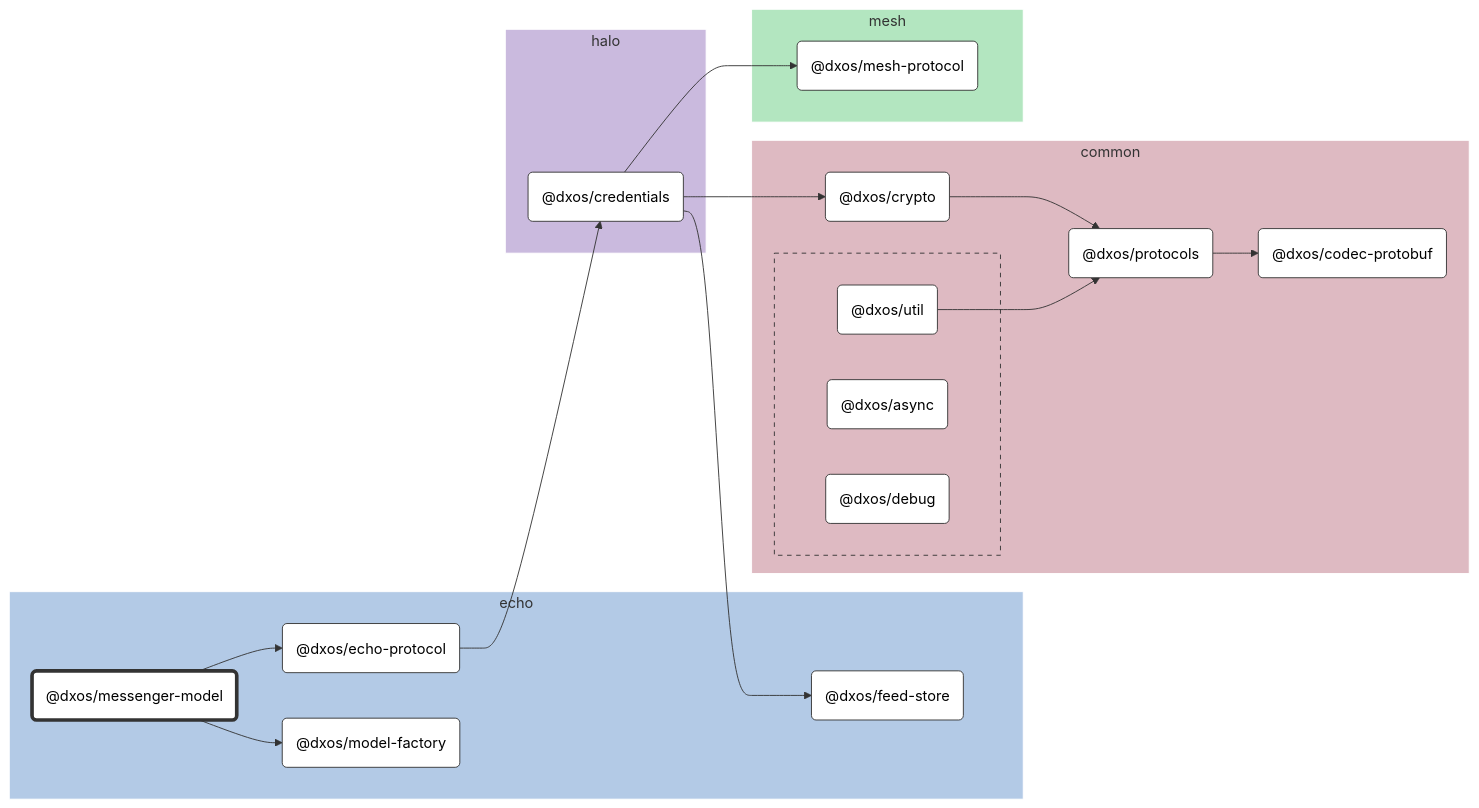
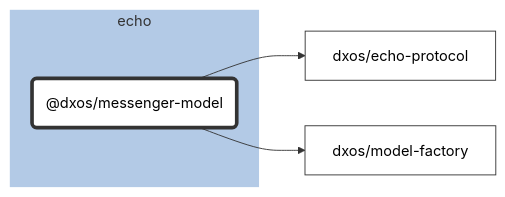
Before and after one commit to dxos/dxos: the diagram in packages/echo/messenger-model/docs/README.md, drawn with Mermaid (forest theme). The commit also changed 84 other files, not shown here.

````diff
--- a/packages/echo/messenger-model/docs/README.md
+++ b/packages/echo/messenger-model/docs/README.md
@@ -9,85 +9,20 @@
 
 flowchart LR
 
-%% Links
-dxos/credentials --> dxos/crypto;
-dxos/credentials --> dxos/feed-store;
-dxos/credentials --> dxos/mesh-protocol;
-dxos/crypto --> dxos/protocols;
-dxos/echo-protocol --> dxos/credentials;
-dxos/messenger-model --> dxos/echo-protocol;
-dxos/messenger-model --> dxos/model-factory;
-dxos/protocols --> dxos/codec-protobuf;
-dxos/util --> dxos/protocols;
+%% Classes
+classDef default fill:#fff,stroke:#333,stroke-width:1px
+classDef root fill:#fff,stroke:#333,stroke-width:4px
 
-%% Sections
-subgraph echo
-  style echo fill:#b3cae6,stroke:#fff;
+%% Nodes
 
-  dxos/echo-protocol("@dxos/echo-protocol")
-  dxos/feed-store("@dxos/feed-store")
-  dxos/messenger-model("@dxos/messenger-model")
-  dxos/model-factory("@dxos/model-factory")
+subgraph echo [echo]
+  style echo fill:#b3cae6,stroke:#fff
+  dxos/messenger-model("@dxos/messenger-model"):::root
+  click dxos/messenger-model "dxos/dxos/tree/main/packages/echo/messenger-model/docs"
 end
 
-subgraph common
-  style common fill:#debac2,stroke:#fff;
-
-  dxos/codec-protobuf("@dxos/codec-protobuf")
-  dxos/crypto("@dxos/crypto")
-  dxos/protocols("@dxos/protocols")
-
-  subgraph common-excluded [ ]
-    style common-excluded fill:#debac2,stroke:#333,stroke-dasharray:5 5;
-
-    dxos/async("@dxos/async")
-    dxos/debug("@dxos/debug")
-    dxos/util("@dxos/util")
-  end
-end
-
-subgraph halo
-  style halo fill:#cabade,stroke:#fff;
-
-  dxos/credentials("@dxos/credentials")
-end
-
-subgraph mesh
-  style mesh fill:#b3e6c0,stroke:#fff;
-
-  dxos/mesh-protocol("@dxos/mesh-protocol")
-end
-
-
-%% Hyperlinks
-click dxos/async "dxos/dxos/tree/main/packages/common/async/docs";
-click dxos/codec-protobuf "dxos/dxos/tree/main/packages/common/codec-protobuf/docs";
-click dxos/credentials "dxos/dxos/tree/main/packages/halo/credentials/docs";
-click dxos/crypto "dxos/dxos/tree/main/packages/common/crypto/docs";
-click dxos/debug "dxos/dxos/tree/main/packages/common/debug/docs";
-click dxos/echo-protocol "dxos/dxos/tree/main/packages/echo/echo-protocol/docs";
-click dxos/feed-store "dxos/dxos/tree/main/packages/echo/feed-store/docs";
-click dxos/mesh-protocol "dxos/dxos/tree/main/packages/mesh/mesh-protocol/docs";
-click dxos/model-factory "dxos/dxos/tree/main/packages/echo/model-factory/docs";
-click dxos/protocols "dxos/dxos/tree/main/packages/common/protocols/docs";
-click dxos/util "dxos/dxos/tree/main/packages/common/util/docs";
-
-%% Styles
-classDef rootNode fill:#fff,stroke:#333,stroke-width:4px
-classDef defaultNode fill:#fff,stroke:#333,stroke-width:1px
+%% Links
 linkStyle default stroke:#333,stroke-width:1px
-
-dxos/messenger-model:::rootNode
-
-dxos/async:::defaultNode
-dxos/codec-protobuf:::defaultNode
-dxos/credentials:::defaultNode
-dxos/crypto:::defaultNode
-dxos/debug:::defaultNode
-dxos/echo-protocol:::defaultNode
-dxos/feed-store:::defaultNode
-dxos/mesh-protocol:::defaultNode
-dxos/model-factory:::defaultNode
-dxos/protocols:::defaultNode
-dxos/util:::defaultNode
+dxos/messenger-model --> dxos/echo-protocol
+dxos/messenger-model --> dxos/model-factory
 ```
````
